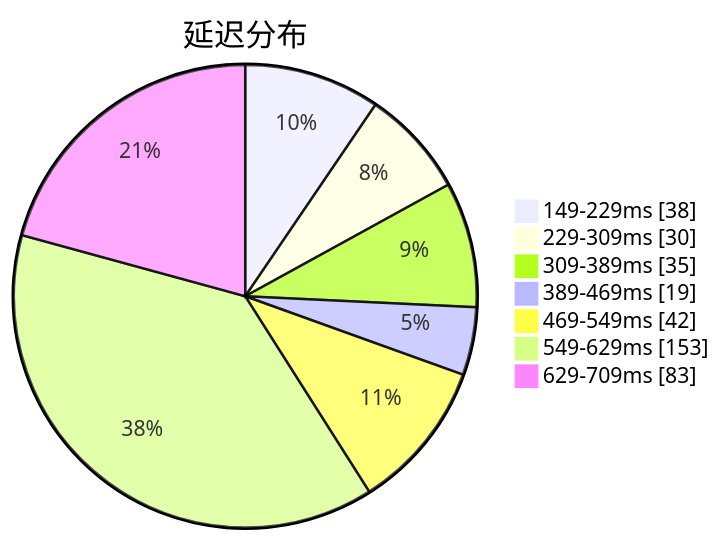
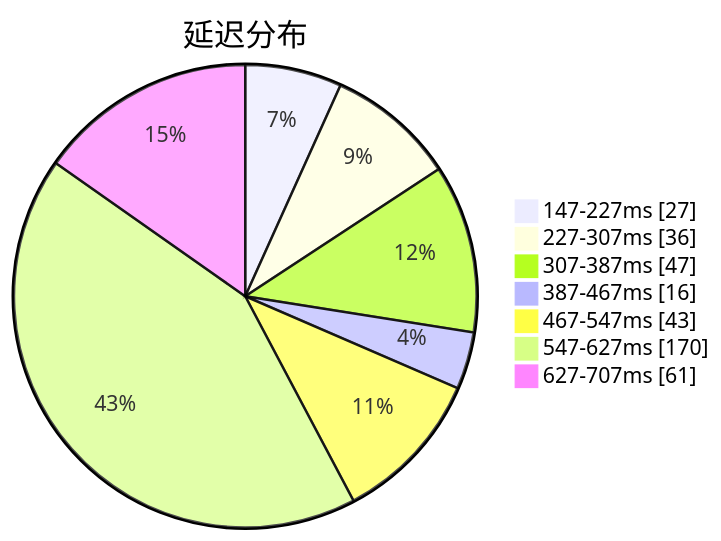
The first of 3 diagrams in subs/statistics/tested_within.md (qjlxg/airport), drawn with Mermaid before and after one commit. The commit also changed other lines of this file and 2 other files, not shown here.

Commit message:
Tested by metaST

````diff
--- a/subs/statistics/tested_within.md
+++ b/subs/statistics/tested_within.md
@@ -2,11 +2,11 @@
 ```mermaid
 pie showData
 title 延迟分布
-"149-229ms" : 38
-"229-309ms" : 30
-"309-389ms" : 35
-"389-469ms" : 19
-"469-549ms" : 42
-"549-629ms" : 153
-"629-709ms" : 83
+"147-227ms" : 27
+"227-307ms" : 36
+"307-387ms" : 47
+"387-467ms" : 16
+"467-547ms" : 43
+"547-627ms" : 170
+"627-707ms" : 61
 ```
````
